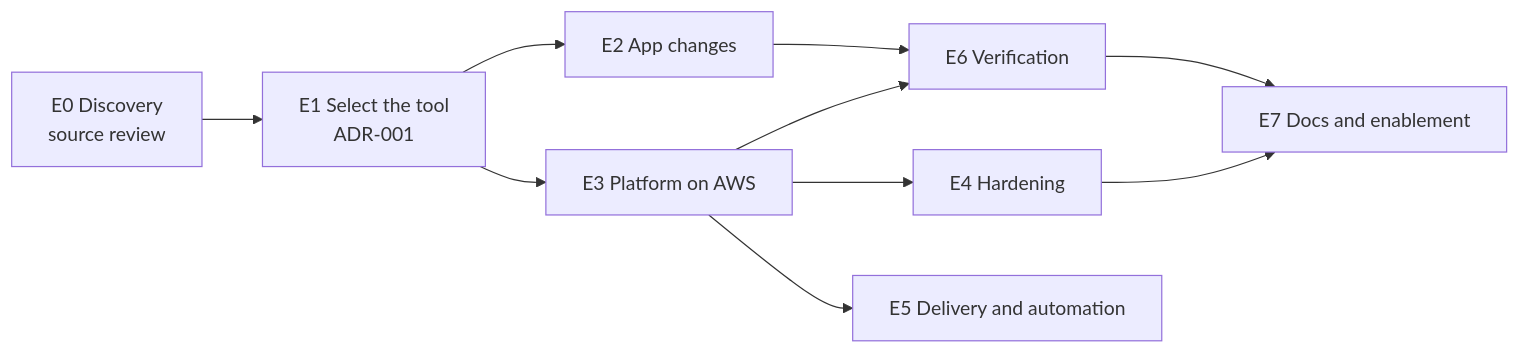
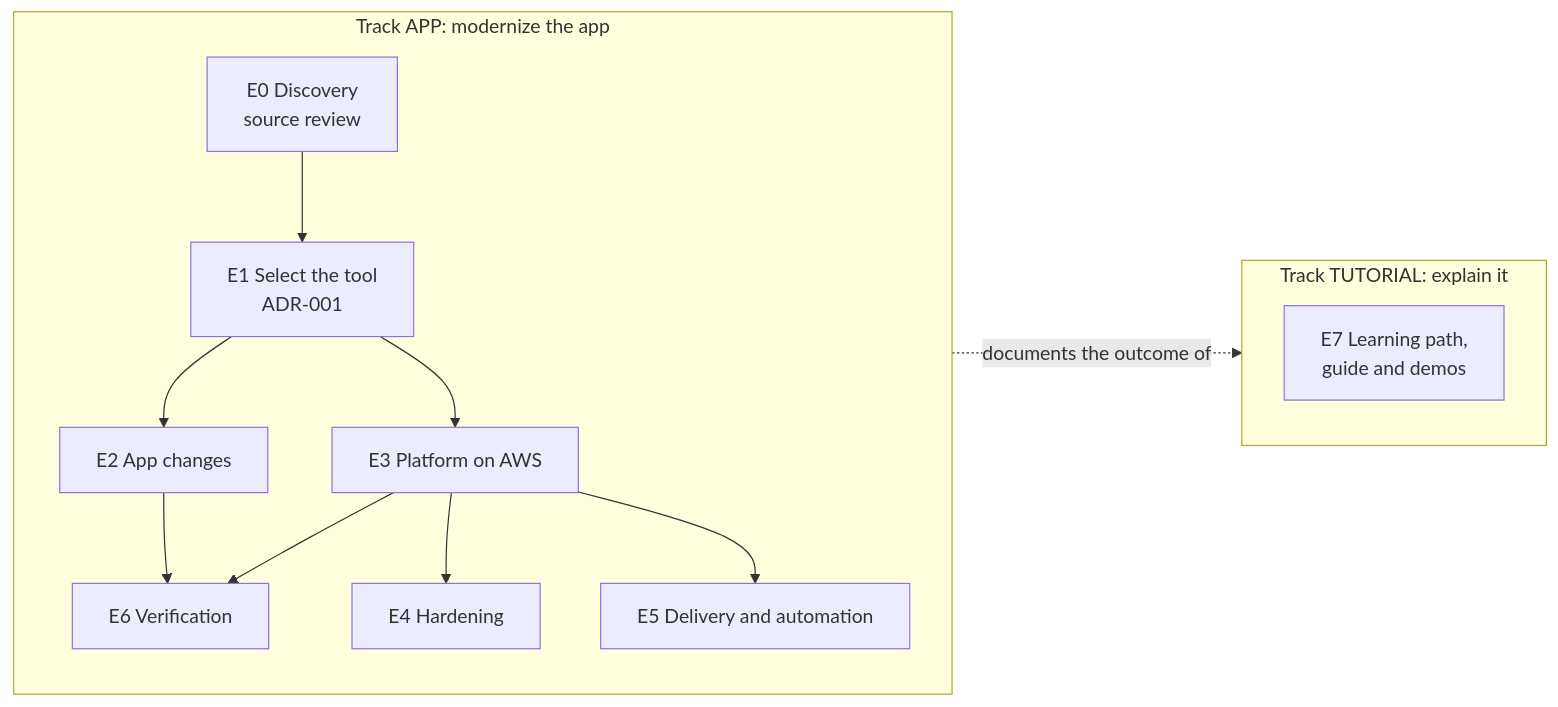
One commit to ephico2real2/aws-secrets-manager-node-poc changed the diagram in docs/modernization/README.md. Above: the diagram before and after it, drawn with Mermaid. The commit also changed other lines of this file and 1 other file, not shown here.

First line of the commit message:
Backlog in two tracks: APP (modernizing the app) and TUTORIAL (building the tutorial)

````diff
--- a/docs/modernization/README.md
+++ b/docs/modernization/README.md
@@ -30,12 +36,16 @@
 ```mermaid
 flowchart LR
-  E0["E0 Discovery<br/>source review"] --> E1["E1 Select the tool<br/>ADR-001"]
-  E1 --> E2["E2 App changes"]
-  E1 --> E3["E3 Platform on AWS"]
-  E2 --> E6["E6 Verification"]
-  E3 --> E6
-  E3 --> E4["E4 Hardening"]
-  E3 --> E5["E5 Delivery and automation"]
-  E6 --> E7["E7 Docs and enablement"]
-  E4 --> E7
+  subgraph app["Track APP: modernize the app"]
+    E0["E0 Discovery<br/>source review"] --> E1["E1 Select the tool<br/>ADR-001"]
+    E1 --> E2["E2 App changes"]
+    E1 --> E3["E3 Platform on AWS"]
+    E2 --> E6["E6 Verification"]
+    E3 --> E6
+    E3 --> E4["E4 Hardening"]
+    E3 --> E5["E5 Delivery and automation"]
+  end
+  subgraph tut["Track TUTORIAL: explain it"]
+    E7["E7 Learning path,<br/>guide and demos"]
+  end
+  app -. "documents the outcome of" .-> tut
 ```
````
